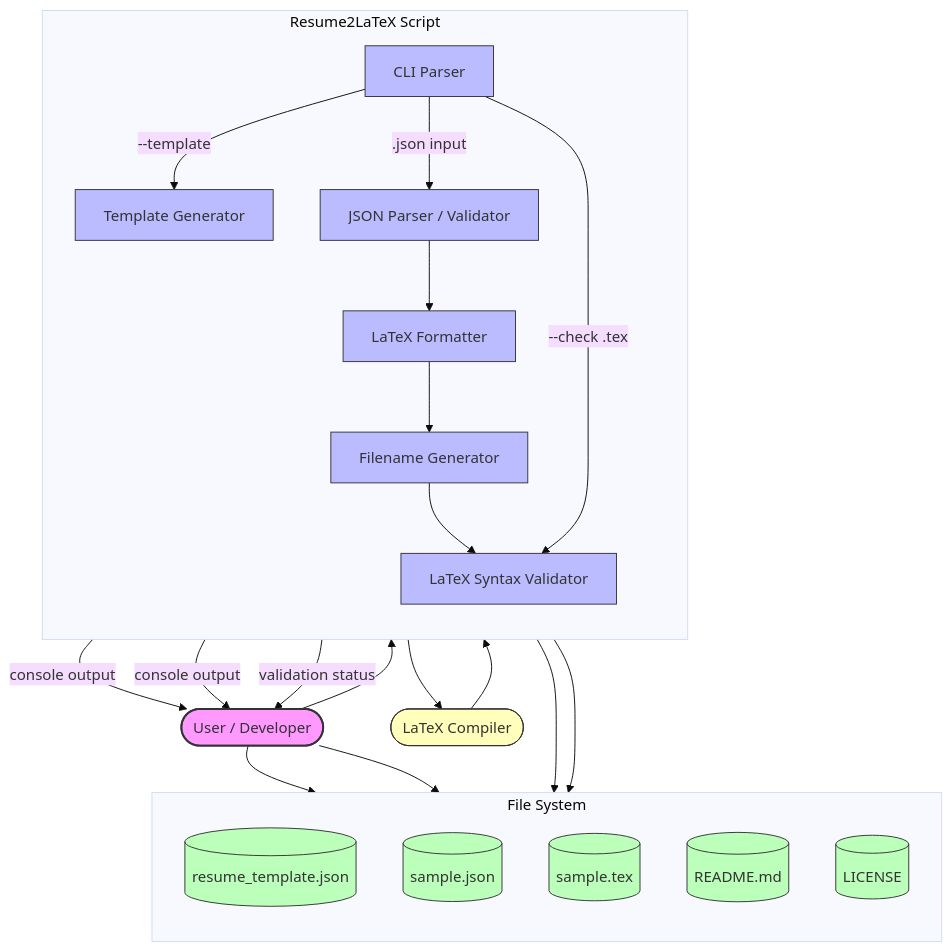
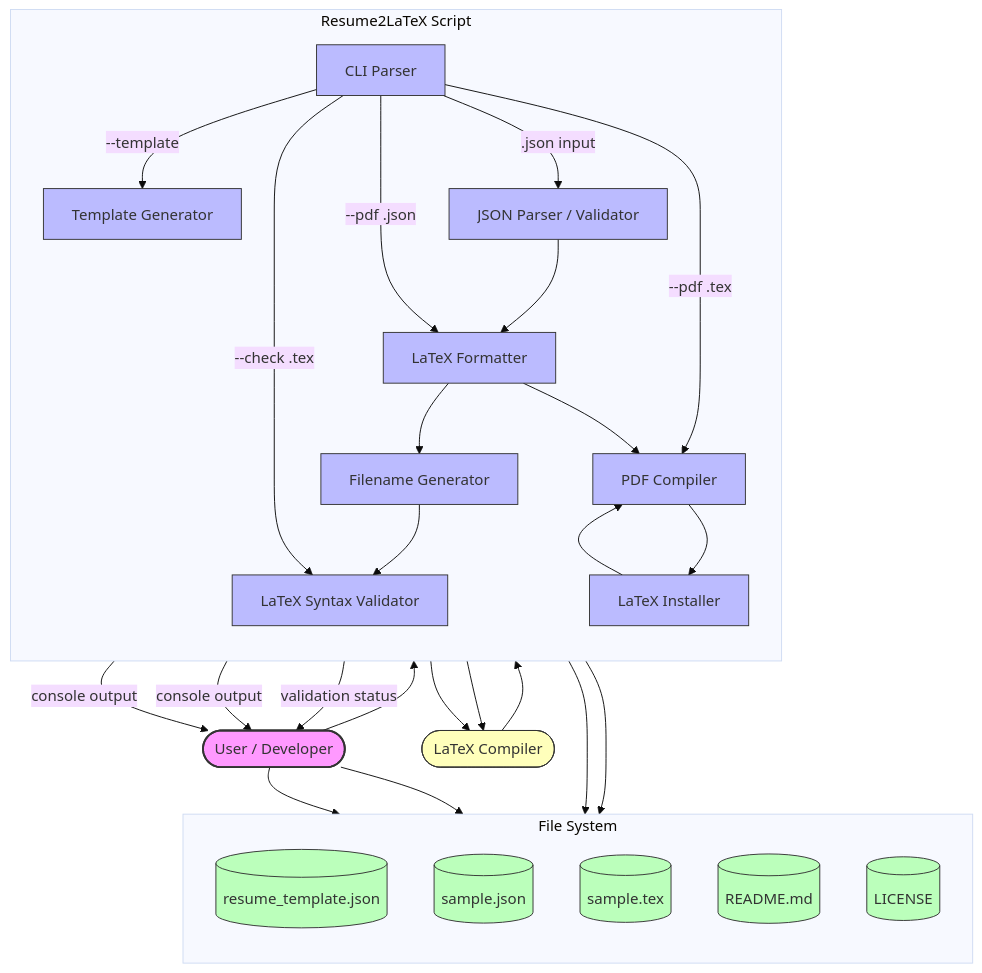
The diagram in README.md (zkbkb/Resume2LaTex), drawn with Mermaid (base theme) before and after one commit. The commit also changed other lines of this file and 3 other files, not shown here.

````diff
--- a/README.md
+++ b/README.md
@@ -152,57 +188,65 @@
 ```mermaid
 flowchart TB
     %% Actors
     User(["User / Developer"]):::actor
 
     %% Script Modules Subgraph
     subgraph "Resume2LaTeX Script"
         direction TB
         CLIParser["CLI Parser"]:::internal
         TemplateGen["Template Generator"]:::internal
         JSONParser["JSON Parser / Validator"]:::internal
         Formatter["LaTeX Formatter"]:::internal
         FilenameGen["Filename Generator"]:::internal
         Validator["LaTeX Syntax Validator"]:::internal
+        PDFCompiler["PDF Compiler"]:::internal
+        LaTeXInstaller["LaTeX Installer"]:::internal
     end
 
     %% File System Data Stores
     subgraph "File System"
         direction TB
         TemplateFile[("resume_template.json")]:::datastore
         InputExample[("sample.json")]:::datastore
         OutputExample[("sample.tex")]:::datastore
         README[("README.md")]:::datastore
         LICENSE[("LICENSE")]:::datastore
     end
 
     %% External Dependency
     ExternalCompiler(["LaTeX Compiler"]):::external
 
     %% Flows
     User --> CLIParser
     CLIParser -->|"--template"| TemplateGen
     TemplateGen --> TemplateFile
     TemplateGen -->|"console output"| User
 
     CLIParser -->|".json input"| JSONParser
     JSONParser --> Formatter
     Formatter --> FilenameGen
     FilenameGen --> OutputExample
     FilenameGen -->|"console output"| User
     FilenameGen --> Validator
     Validator --> ExternalCompiler
     ExternalCompiler --> Validator
     Validator -->|"validation status"| User
 
     CLIParser -->|"--check .tex"| Validator
+    CLIParser -->|"--pdf .tex"| PDFCompiler
+    CLIParser -->|"--pdf .json"| Formatter
+    Formatter --> PDFCompiler
+    PDFCompiler --> LaTeXInstaller
+    LaTeXInstaller --> PDFCompiler
+    PDFCompiler --> ExternalCompiler
 
     %% Example files as optional input/output
     User --> InputExample
     User --> OutputExample
 
     %% Styles
     classDef actor fill:#f9f,stroke:#333,stroke-width:2px,shape:ellipse
     classDef internal fill:#bbf,stroke:#333,stroke-width:1px
     classDef datastore fill:#bfb,stroke:#333,stroke-width:1px,shape:cylinder
     classDef external fill:#ffb,stroke:#333,stroke-width:1px,shape:hexagon
 ```
````
